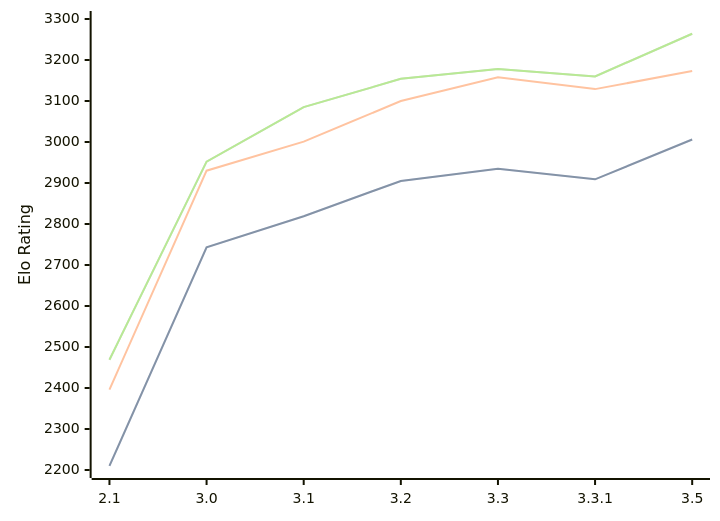
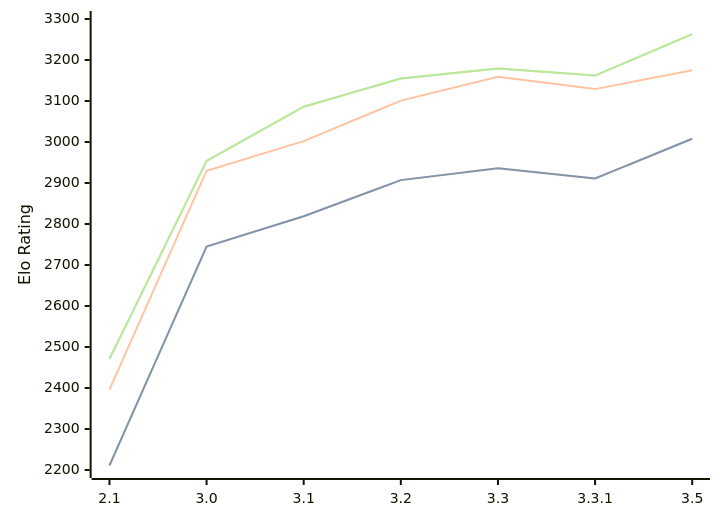
Before and after one commit to computer-chess-index/cci: the diagram in engines/Petrel.md, drawn with Mermaid. The commit also changed other lines of this file, not shown here.

Commit message:
Update CCI Ratings (ELO VLTC) - 2026-07-23

````diff
--- a/engines/Petrel.md
+++ b/engines/Petrel.md
@@ -46,11 +46,11 @@
 ```mermaid
 %%{init: {"theme":"base","themeVariables":{"seriesColors:['#a3a3a3','#222221','#faa371']}}}%%
 xychart-beta
   x-axis ["2.1", "3.0", "3.1", "3.2", "3.3", "3.3.1", "3.5"]
   y-axis "Elo Rating" 2200 --> 3300
-  line "STC (8.0+0.08s)" [2210, 2743, 2819, 2905, 2935, 2909, 3006]
-  line "STC (8.0+0.08s)" [2210, 2743, 2819, 2905, 2935, 2909, 3006]
-  line "LTC (60.0+0.60s)" [2396, 2930, 3001, 3100, 3158, 3129, 3173]
-  line "VLTC (2m24s+1.12s)" [2469, 2952, 3085, 3154, 3178, 3160, 3264]
-  line "VLTC (2m24s+1.12s)" [2469, 2952, 3085, 3154, 3178, 3160, 3264]
+  line "STC (8.0+0.08s)" [2211, 2745, 2819, 2907, 2936, 2911, 3008]
+  line "STC (8.0+0.08s)" [2211, 2745, 2819, 2907, 2936, 2911, 3008]
+  line "LTC (60.0+0.60s)" [2396, 2930, 3002, 3101, 3159, 3129, 3175]
+  line "VLTC (2m24s+1.12s)" [2471, 2954, 3086, 3155, 3179, 3162, 3263]
+  line "VLTC (2m24s+1.12s)" [2471, 2954, 3086, 3155, 3179, 3162, 3263]
 ```
````
